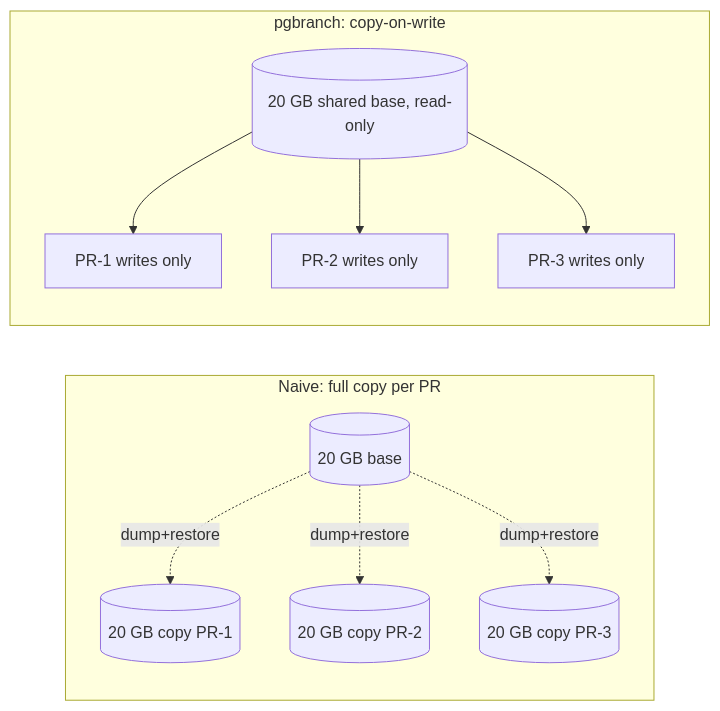
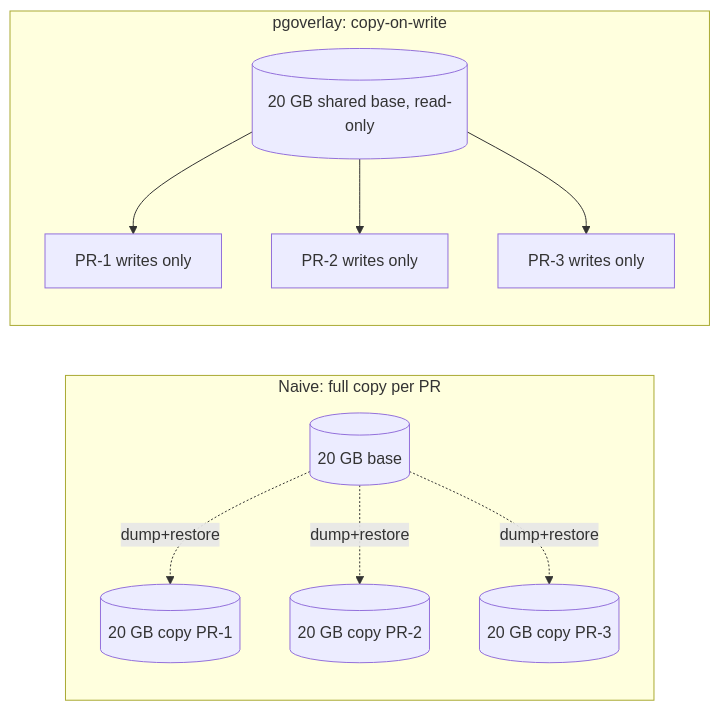
One commit to abd-ulbasit/pgoverlay changed the first of 3 diagrams in docs/concepts.md. Above: the diagram before and after it, drawn with Mermaid. The commit also changed other lines of this file and 159 other files, not shown here.

````diff
--- a/docs/concepts.md
+++ b/docs/concepts.md
@@ -36,21 +36,21 @@
 ```mermaid
 flowchart LR
   subgraph naive["Naive: full copy per PR"]
     base1[(20 GB base)]
     c1[(20 GB copy PR-1)]
     c2[(20 GB copy PR-2)]
     c3[(20 GB copy PR-3)]
     base1 -.dump+restore.-> c1
     base1 -.dump+restore.-> c2
     base1 -.dump+restore.-> c3
   end
-  subgraph cow["pgbranch: copy-on-write"]
+  subgraph cow["pgoverlay: copy-on-write"]
     base2[(20 GB shared base, read-only)]
     d1[PR-1 writes only]
     d2[PR-2 writes only]
     d3[PR-3 writes only]
     base2 --> d1
     base2 --> d2
     base2 --> d3
   end
 ```
````
